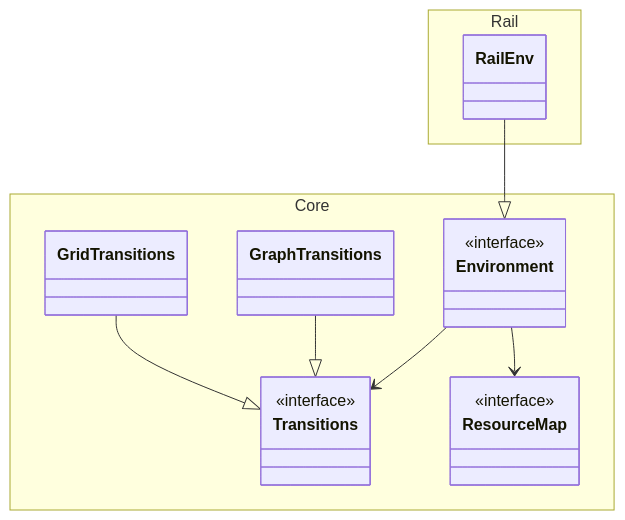
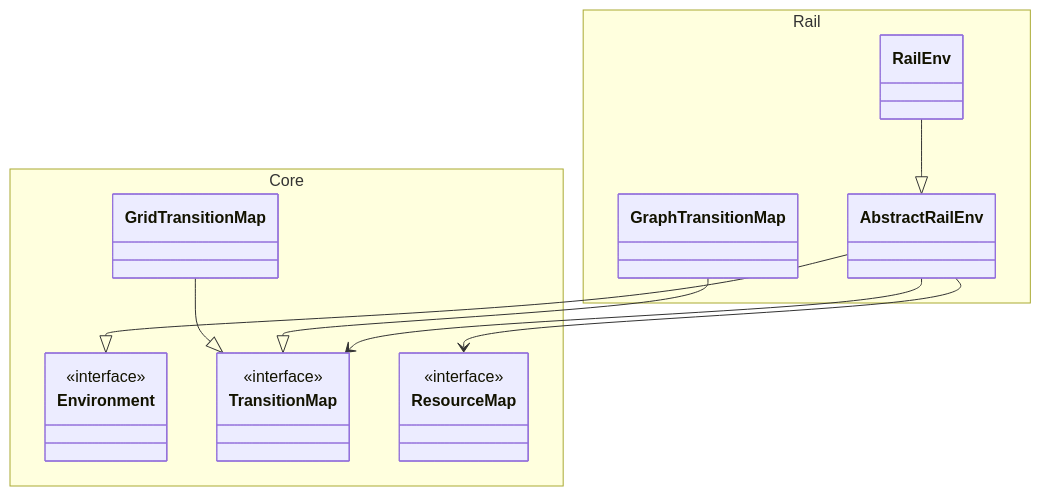
Before and after one commit to flatland-association/flatland-book: the second of 2 diagrams in key-concepts/simulation_model.md, drawn with Mermaid.

Commit message:
docs(key-concepts): use actual transition class names in simulation model diagram.

````diff
--- a/key-concepts/simulation_model.md
+++ b/key-concepts/simulation_model.md
@@ -59,29 +59,32 @@
 ```mermaid
 classDiagram
     namespace Core {
         class Environment {
             <<interface>>
         }
-        class Transitions {
+        class TransitionMap {
             <<interface>>
         }
 
         class ResourceMap {
             <<interface>>
         }
-        class GraphTransitions {
-        }
-        class GridTransitions {
+        class GridTransitionMap {
         }
     }
     namespace Rail {
+        class AbstractRailEnv {
+        }
         class RailEnv {
+        }
+        class GraphTransitionMap {
         }
     }
 
-    RailEnv --|> Environment
-    GridTransitions --|> Transitions
-    GraphTransitions --|> Transitions
-    Environment --> Transitions
-    Environment --> ResourceMap
+    AbstractRailEnv --|> Environment
+    RailEnv --|> AbstractRailEnv
+    GridTransitionMap --|> TransitionMap
+    GraphTransitionMap --|> TransitionMap
+    AbstractRailEnv --> TransitionMap
+    AbstractRailEnv --> ResourceMap
 ```
````
